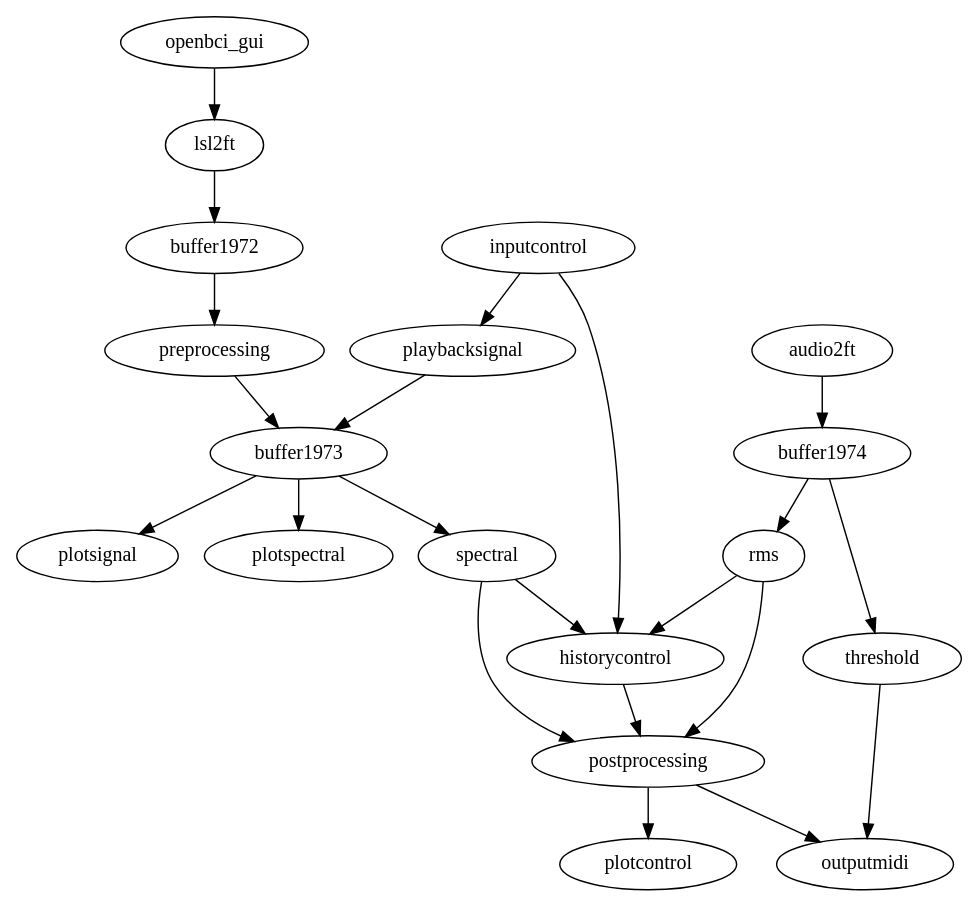
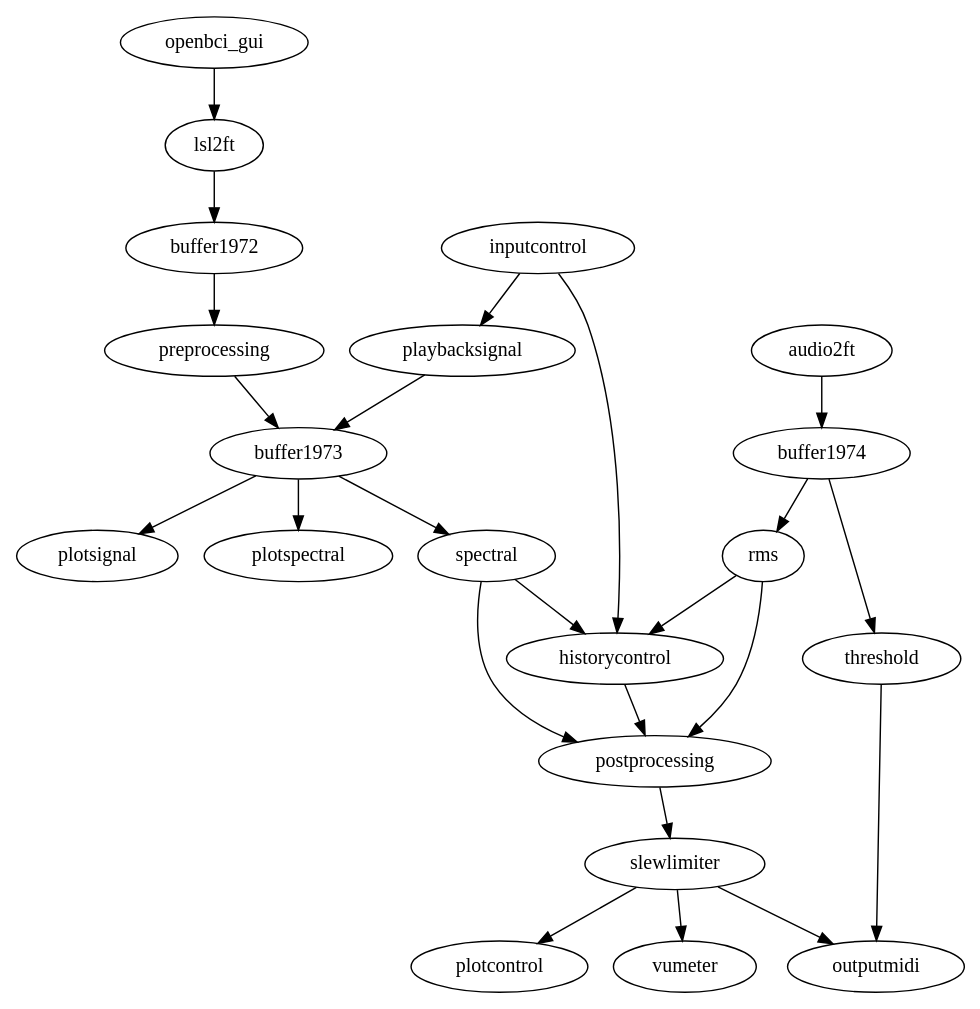
One commit to eegsynth/eegsynth changed the diagram in patches/andouillette/patch.dot. Above: the diagram before and after it, drawn with Graphviz. The commit also changed 12 other files, not shown here.

```diff
--- a/patches/andouillette/patch.dot
+++ b/patches/andouillette/patch.dot
@@ -1,28 +1,31 @@
 # To convert this into a bitmap representation, do this
 #   dot -Tpng -o patch.png patch.dot
 #
 digraph {
   openbci_gui -> lsl2ft -> buffer1972 -> preprocessing -> buffer1973;
   playbacksignal -> buffer1973;
 
   inputcontrol -> historycontrol;
   inputcontrol -> playbacksignal;
 
   buffer1973 -> plotsignal;
   buffer1973 -> plotspectral;
   buffer1973 -> spectral;
 
   audio2ft -> buffer1974;
   buffer1974 -> threshold;
   buffer1974 -> rms;
 
   spectral -> postprocessing;
   spectral -> historycontrol;
 
   rms -> postprocessing;
   rms -> historycontrol;
 
-  postprocessing -> plotcontrol;
-  historycontrol -> postprocessing -> outputmidi;
+  historycontrol -> postprocessing -> slewlimiter;
+
+  slewlimiter -> vumeter;
+  slewlimiter -> plotcontrol;
+  slewlimiter -> outputmidi;
   threshold -> outputmidi;
 }
```
